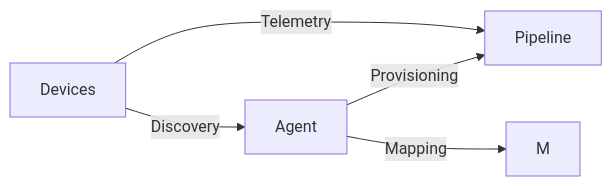
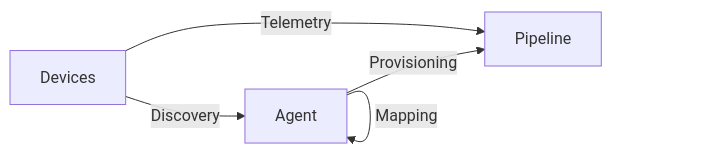
The first of 2 diagrams in docs/specs/onboarding.md (faucetsdn/udmi), drawn with Mermaid before and after one commit. The commit also changed 3 other files, not shown here.

Commit message:
Clarify flows

````diff
--- a/docs/specs/onboarding.md
+++ b/docs/specs/onboarding.md
@@ -25,10 +25,10 @@
 ```mermaid
 flowchart LR
   D[Devices]
   A[Agent]
   P[Pipeline]
   D -- Telemetry --> P
   D -- Discovery --> A
   A -- Provisioning --> P
-  A -- Mapping --> M
+  A -- Mapping --> A
 ```
````
